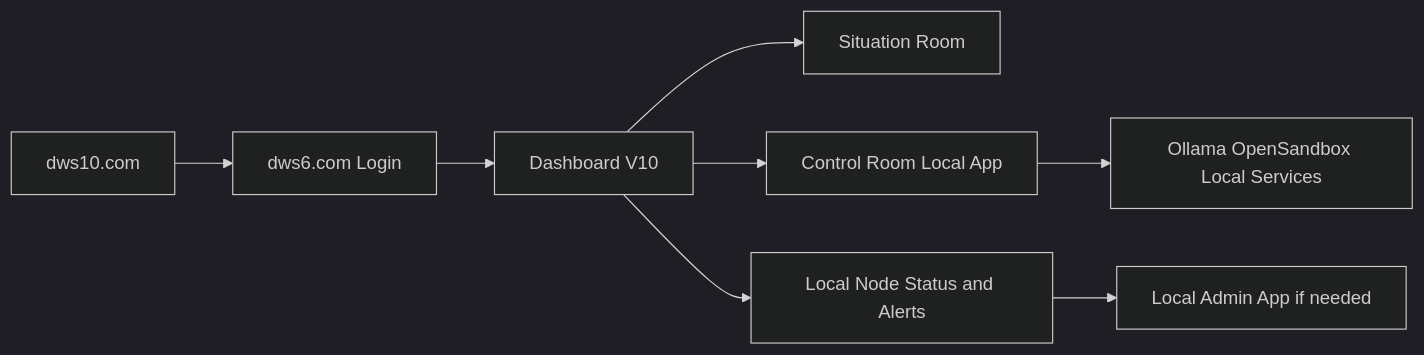
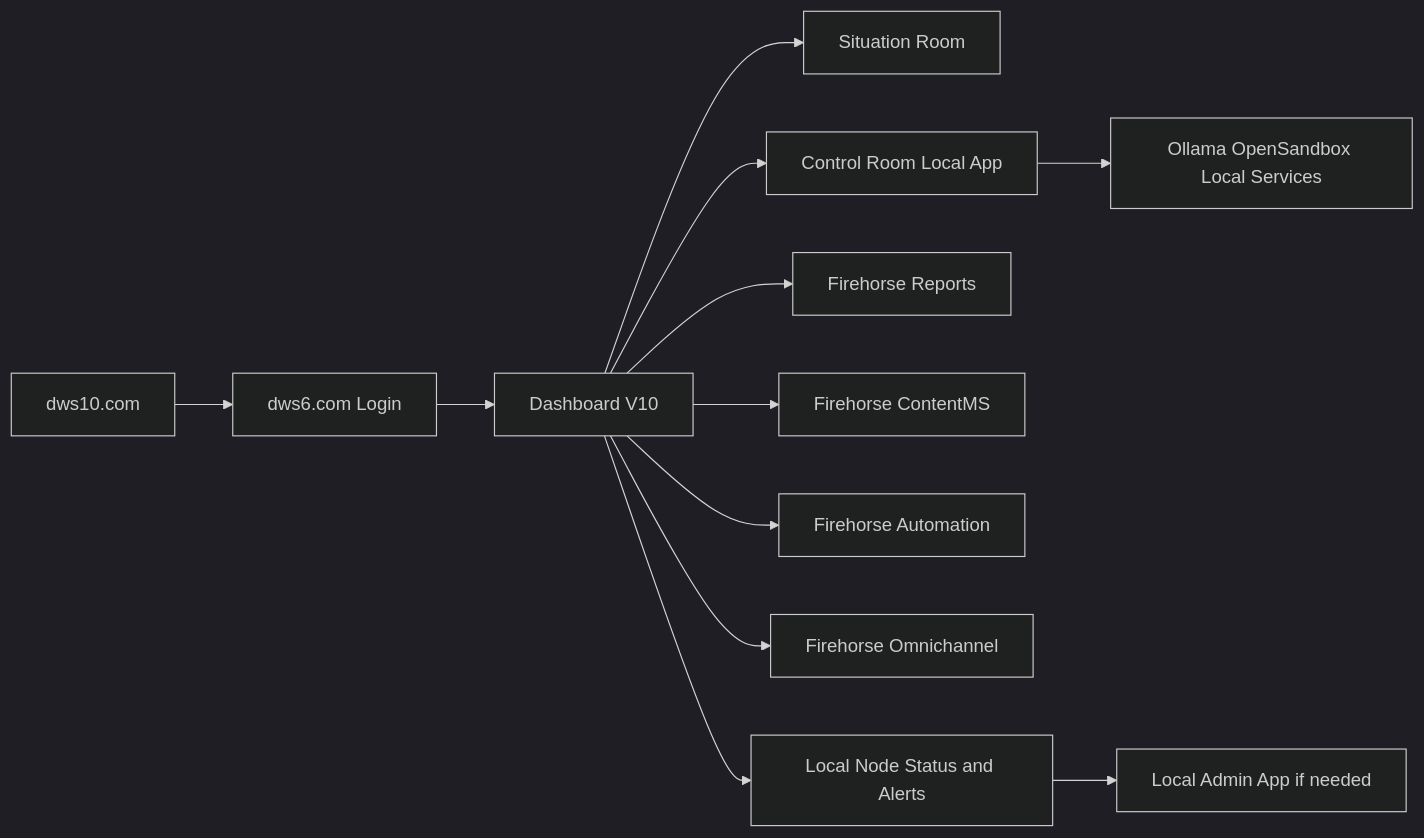
Before and after one commit to blogtheristo/opencode-all: the diagram in Situation/user-storyboard.md, drawn with Mermaid (dark theme). The commit also changed other lines of this file and 7 other files, not shown here.

````diff
--- a/Situation/user-storyboard.md
+++ b/Situation/user-storyboard.md
@@ -31,10 +32,14 @@
 ```mermaid
 flowchart LR
   publicEntry[dws10.com] --> login[dws6.com Login]
   login --> dashboard[Dashboard V10]
   dashboard --> situation[Situation Room]
   dashboard --> control[Control Room Local App]
+  dashboard --> reports[Firehorse Reports]
+  dashboard --> contentms[Firehorse ContentMS]
+  dashboard --> automation[Firehorse Automation]
+  dashboard --> omnichannel[Firehorse Omnichannel]
   control --> localResources[Ollama OpenSandbox Local Services]
   dashboard --> alerts[Local Node Status and Alerts]
   alerts --> admin[Local Admin App if needed]
 ```
````
